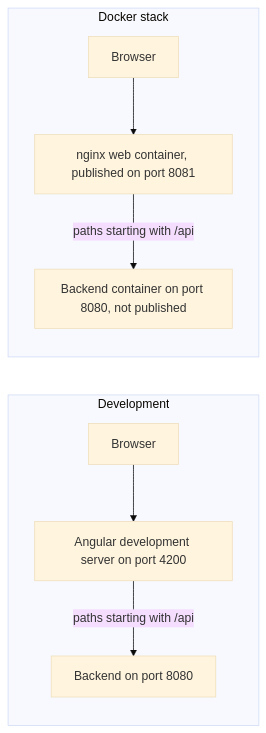
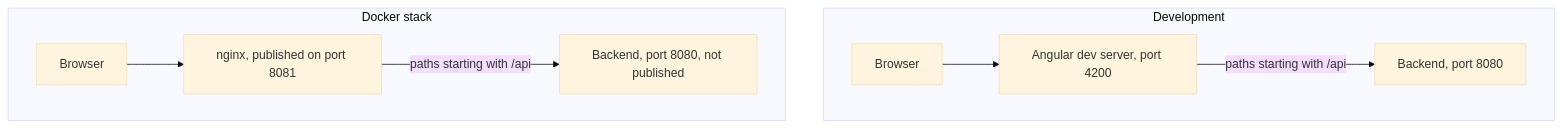
Before and after one commit to Sriram-Codes-SW/secure-doc-viewer: the third of 3 diagrams in book/part-1-foundations/08-how-the-web-works.md, drawn with Mermaid (base theme). The commit also changed other lines of this file and 59 other files, not shown here.

Commit message:
Book: round 2 fixes (Ch 40/41 trim and Figure 41.5, wide diagrams, glossary bolding, star labels, EPUB metadata, contrast theme)

````diff
--- a/book/part-1-foundations/08-how-the-web-works.md
+++ b/book/part-1-foundations/08-how-the-web-works.md
@@ -372,11 +372,13 @@
 ```mermaid
-flowchart LR
+flowchart TB
     subgraph Development
-        B1["Browser"] --> DEV["Angular development server on port 4200"]
-        DEV -->|"paths starting with /api"| API1["Backend on port 8080"]
+        direction LR
+        B1["Browser"] --> DEV["Angular dev server, port 4200"]
+        DEV -->|"paths starting with /api"| API1["Backend, port 8080"]
     end
-    subgraph Docker stack
-        B2["Browser"] --> NG["nginx web container, published on port 8081"]
-        NG -->|"paths starting with /api"| API2["Backend container on port 8080, not published"]
+    subgraph Docker["Docker stack"]
+        direction LR
+        B2["Browser"] --> NG["nginx, published on port 8081"]
+        NG -->|"paths starting with /api"| API2["Backend, port 8080, not published"]
     end
 ```
````
